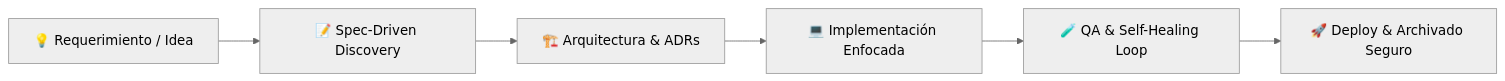
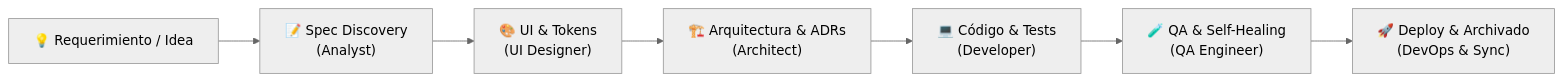
Before and after one commit to ezequielmendoza-dev/abbia-os: the diagram in README.md, drawn with Mermaid (neutral theme). The commit also changed other lines of this file and 81 other files, not shown here.

````diff
--- a/README.md
+++ b/README.md
@@ -42,8 +68,9 @@
 ```mermaid
 flowchart LR
-    A["💡 Requerimiento / Idea"] --> B["📝 Spec-Driven Discovery"]
-    B --> C["🏗️ Arquitectura & ADRs"]
-    C --> D["💻 Implementación Enfocada"]
-    D --> E["🧪 QA & Self-Healing Loop"]
-    E --> F["🚀 Deploy & Archivado Seguro"]
+    A["💡 Requerimiento / Idea"] --> B["📝 Spec Discovery\n(Analyst)"]
+    B --> C["🎨 UI & Tokens\n(UI Designer)"]
+    C --> D["🏗️ Arquitectura & ADRs\n(Architect)"]
+    D --> E["💻 Código & Tests\n(Developer)"]
+    E --> F["🧪 QA & Self-Healing\n(QA Engineer)"]
+    F --> G["🚀 Deploy & Archivado\n(DevOps & Sync)"]
 ```
````
